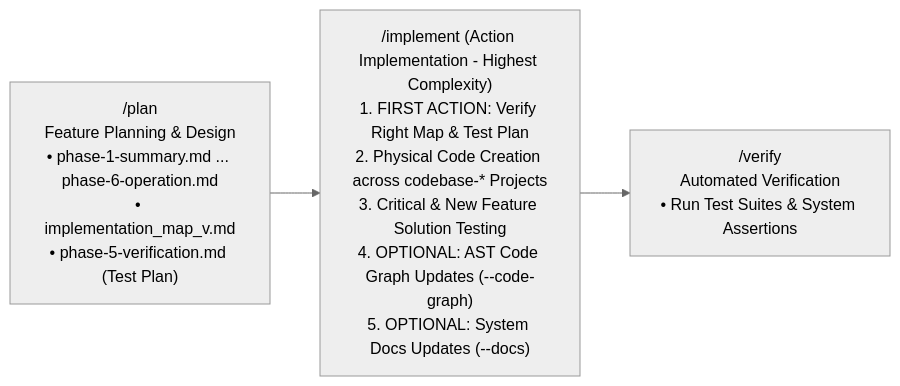
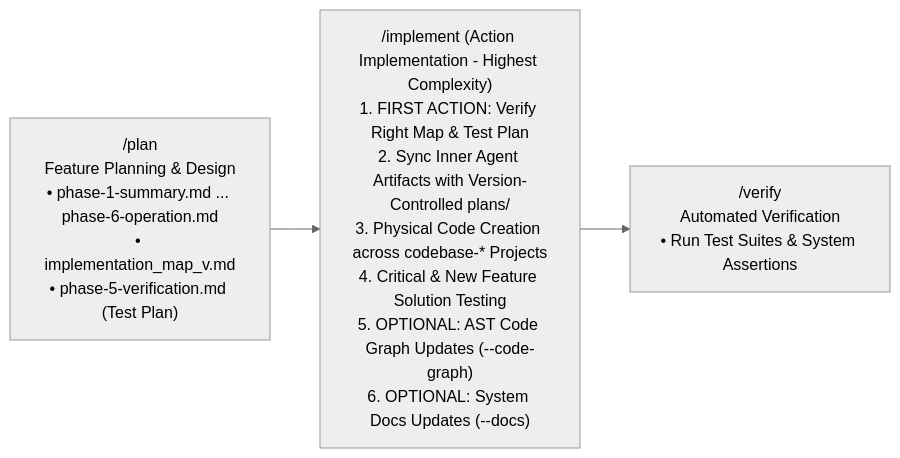
Before and after one commit to hrvthgergo/agent-driven-templates: the first of 3 diagrams in fullstack_software_dev/implement/implement_workflow.md, drawn with Mermaid (neutral theme). The commit also changed other lines of this file and 2 other files, not shown here.

Commit message:
Add decision persistence and inner agent artifact alignment mandate across framework specifications

````diff
--- a/fullstack_software_dev/implement/implement_workflow.md
+++ b/fullstack_software_dev/implement/implement_workflow.md
@@ -11,6 +11,6 @@
 ```mermaid
 graph LR
     Plan["/plan<br/>Feature Planning & Design<br/>• phase-1-summary.md ... phase-6-operation.md<br/>• implementation_map_v<version>.md<br/>• phase-5-verification.md (Test Plan)"] 
-    --> Implement["/implement (Action Implementation - Highest Complexity)<br/>1. FIRST ACTION: Verify Right Map & Test Plan<br/>2. Physical Code Creation across codebase-* Projects<br/>3. Critical & New Feature Solution Testing<br/>4. OPTIONAL: AST Code Graph Updates (--code-graph)<br/>5. OPTIONAL: System Docs Updates (--docs)"]
+    --> Implement["/implement (Action Implementation - Highest Complexity)<br/>1. FIRST ACTION: Verify Right Map & Test Plan<br/>2. Sync Inner Agent Artifacts with Version-Controlled plans/<br/>3. Physical Code Creation across codebase-* Projects<br/>4. Critical & New Feature Solution Testing<br/>5. OPTIONAL: AST Code Graph Updates (--code-graph)<br/>6. OPTIONAL: System Docs Updates (--docs)"]
     --> Verify["/verify<br/>Automated Verification<br/>• Run Test Suites & System Assertions"]
 ```
````
